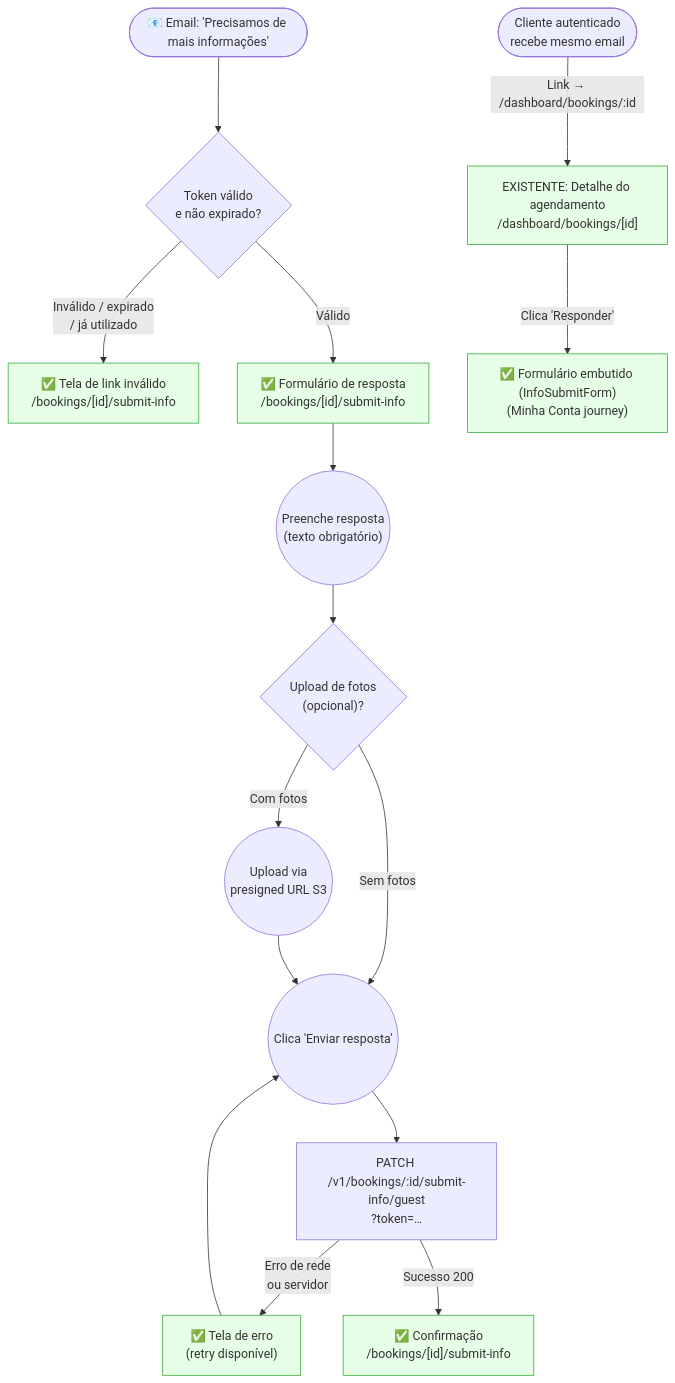
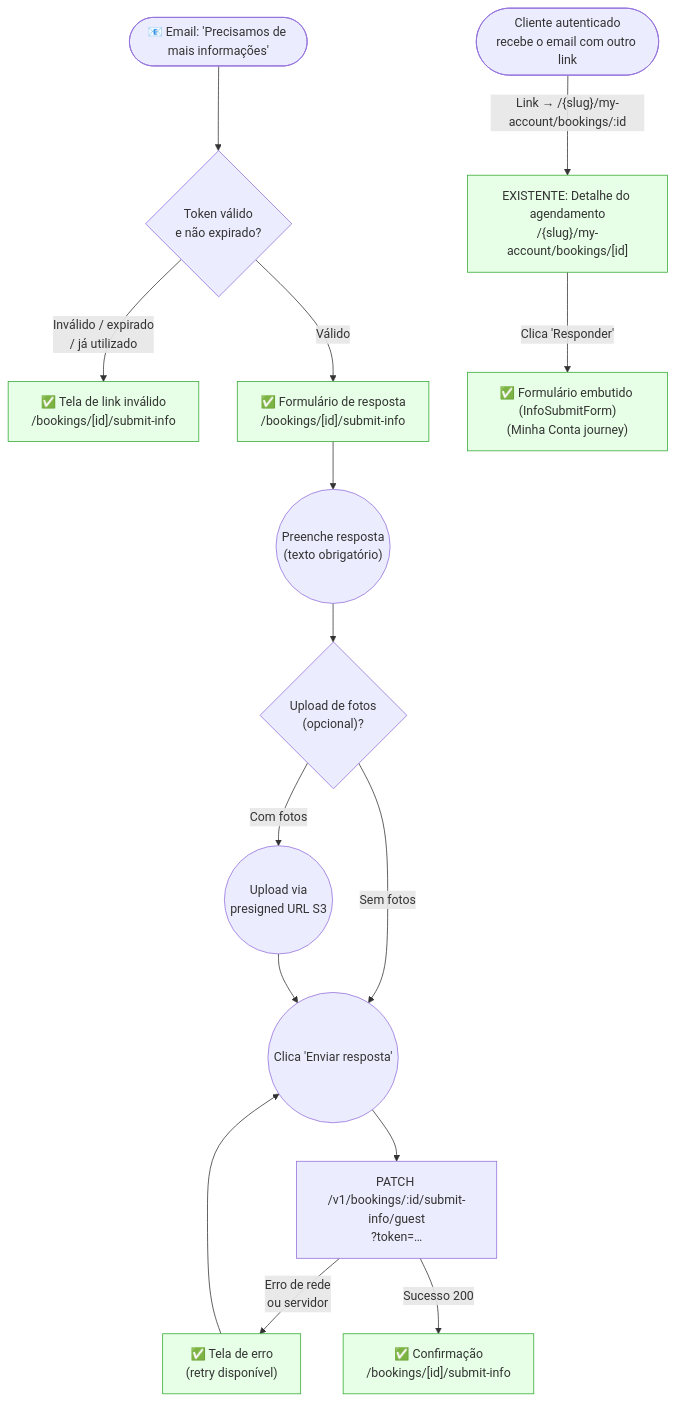
One commit to lmmoreira/ikaro changed the diagram in plan/journey/guest/submit-info.md. Above: the diagram before and after it, drawn with Mermaid. The commit also changed other lines of this file and 135 other files, not shown here.

````diff
--- a/plan/journey/guest/submit-info.md
+++ b/plan/journey/guest/submit-info.md
@@ -10,27 +10,27 @@
 ```mermaid
 flowchart TD
     Email(["📧 Email: 'Precisamos de mais informações'"])
     Email --> TokenDecode{"Token válido\ne não expirado?"}
 
     TokenDecode -->|"Inválido / expirado\n/ já utilizado"| InvalidLink["✅ Tela de link inválido\n/bookings/[id]/submit-info"]
     TokenDecode -->|"Válido"| Form["✅ Formulário de resposta\n/bookings/[id]/submit-info"]
 
     Form --> FillText(("Preenche resposta\n(texto obrigatório)"))
     FillText --> PhotoOpt{"Upload de fotos\n(opcional)?"}
     PhotoOpt -->|"Sem fotos"| Submit
     PhotoOpt -->|"Com fotos"| Upload(("Upload via\npresigned URL S3"))
     Upload --> Submit(("Clica 'Enviar resposta'"))
 
     Submit --> API["PATCH /v1/bookings/:id/submit-info/guest\n?token=…"]
     API -->|"Erro de rede\nou servidor"| ErrRetry["✅ Tela de erro\n(retry disponível)"]
     ErrRetry --> Submit
     API -->|"Sucesso 200"| Success["✅ Confirmação\n/bookings/[id]/submit-info"]
 
-    AuthCustomer(["Cliente autenticado\nrecebe mesmo email"])
-    AuthCustomer -->|"Link → /dashboard/bookings/:id"| DashDetail["EXISTENTE: Detalhe do agendamento\n/dashboard/bookings/[id]"]
+    AuthCustomer(["Cliente autenticado\nrecebe o email com outro link"])
+    AuthCustomer -->|"Link → /{slug}/my-account/bookings/:id"| DashDetail["EXISTENTE: Detalhe do agendamento\n/{slug}/my-account/bookings/[id]"]
     DashDetail -->|"Clica 'Responder'"| CustomerForm["✅ Formulário embutido (InfoSubmitForm)\n(Minha Conta journey)"]
 
     classDef gap stroke:#f00,stroke-dasharray: 5 5,fill:#fee
     classDef existing fill:#e6ffe6,stroke:#3a3
     class InvalidLink,Form,ErrRetry,Success,DashDetail,CustomerForm existing
 ```
````
